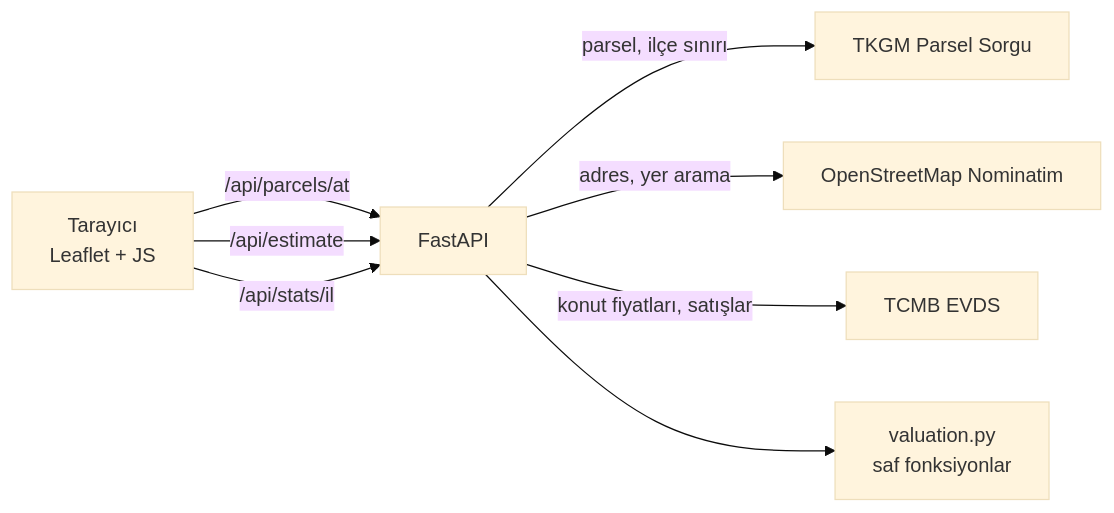
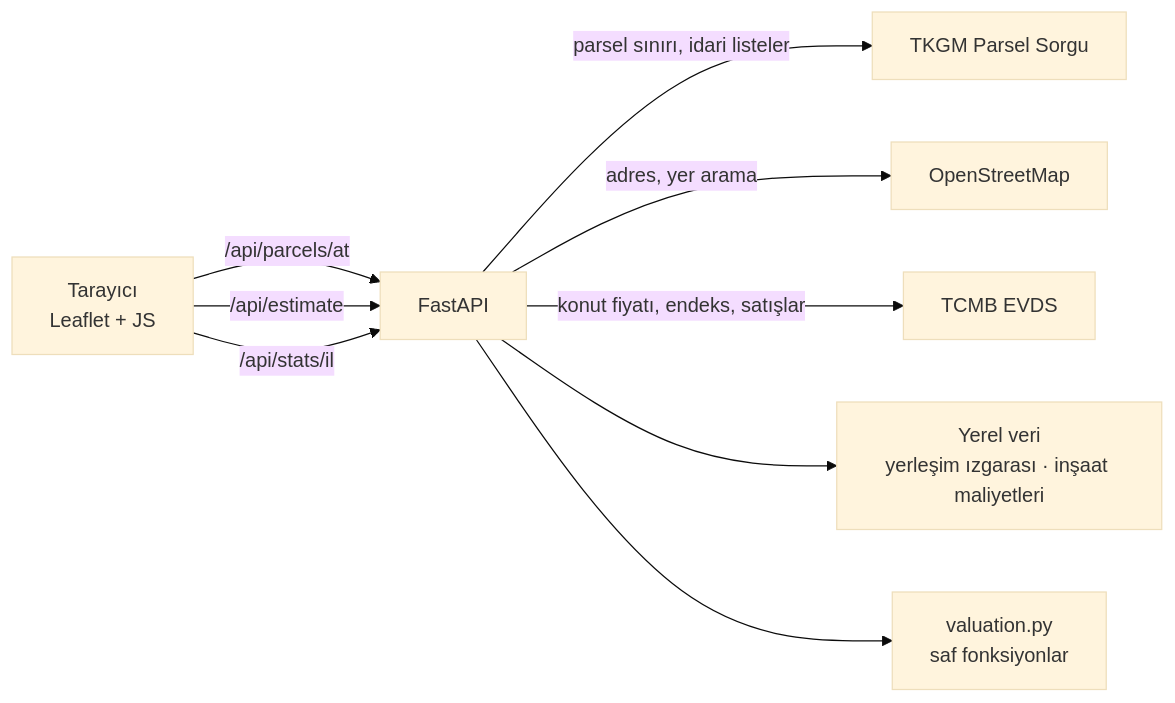
The diagram in README.md (kayaal34/degerix), drawn with Mermaid (base theme) before and after one commit. The commit also changed other lines of this file and 29 other files, not shown here.

````diff
--- a/README.md
+++ b/README.md
@@ -30,10 +34,11 @@
 ```mermaid
 flowchart LR
     UI["Tarayıcı<br/>Leaflet + JS"] -->|/api/parcels/at| API["FastAPI"]
     UI -->|/api/estimate| API
     UI -->|/api/stats/il| API
-    API -->|parsel, ilçe sınırı| TKGM["TKGM Parsel Sorgu"]
-    API -->|adres, yer arama| OSM["OpenStreetMap Nominatim"]
-    API -->|konut fiyatları, satışlar| EVDS["TCMB EVDS"]
+    API -->|parsel sınırı, idari listeler| TKGM["TKGM Parsel Sorgu"]
+    API -->|adres, yer arama| OSM["OpenStreetMap"]
+    API -->|konut fiyatı, endeks, satışlar| EVDS["TCMB EVDS"]
+    API --> LOCAL["Yerel veri<br/>yerleşim ızgarası · inşaat maliyetleri"]
     API --> MODEL["valuation.py<br/>saf fonksiyonlar"]
 ```
````
